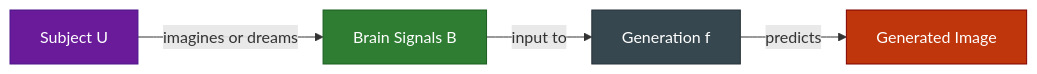
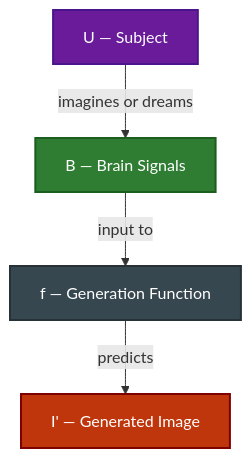
Before and after one commit to nghialt3670/vision-brain-modeling: the second of 4 diagrams in resources/slides/brain-to-image-editing-introduction.md, drawn with Mermaid. The commit also changed other lines of this file and 5 other files, not shown here.

```diff
--- a/resources/slides/brain-to-image-editing-introduction.md
+++ b/resources/slides/brain-to-image-editing-introduction.md
@@ -62,10 +116,11 @@
 <pre class="mermaid">
-graph LR
-    U["Subject U"] -->|imagines or dreams| B["Brain Signals B"]
-    B -->|input to| F["Generation f"]
-    F -->|predicts| IP["Generated Image"]
-    style U fill:#6a1b9a,color:#fff,stroke:#4a148c
-    style B fill:#2e7d32,color:#fff,stroke:#1b5e20
-    style F fill:#37474f,color:#fff,stroke:#263238
-    style IP fill:#bf360c,color:#fff,stroke:#7f0000
+graph TD
+    U["U — Subject"] -->|imagines or dreams| B["B — Brain Signals"]
+    B -->|input to| F["f — Generation Function"]
+    F -->|predicts| IP["I' — Generated Image"]
+
+    style U fill:#6a1b9a,color:#fff,stroke:#4a148c,stroke-width:2px
+    style B fill:#2e7d32,color:#fff,stroke:#1b5e20,stroke-width:2px
+    style F fill:#37474f,color:#fff,stroke:#263238,stroke-width:2px
+    style IP fill:#bf360c,color:#fff,stroke:#7f0000,stroke-width:2px
 </pre>
```
